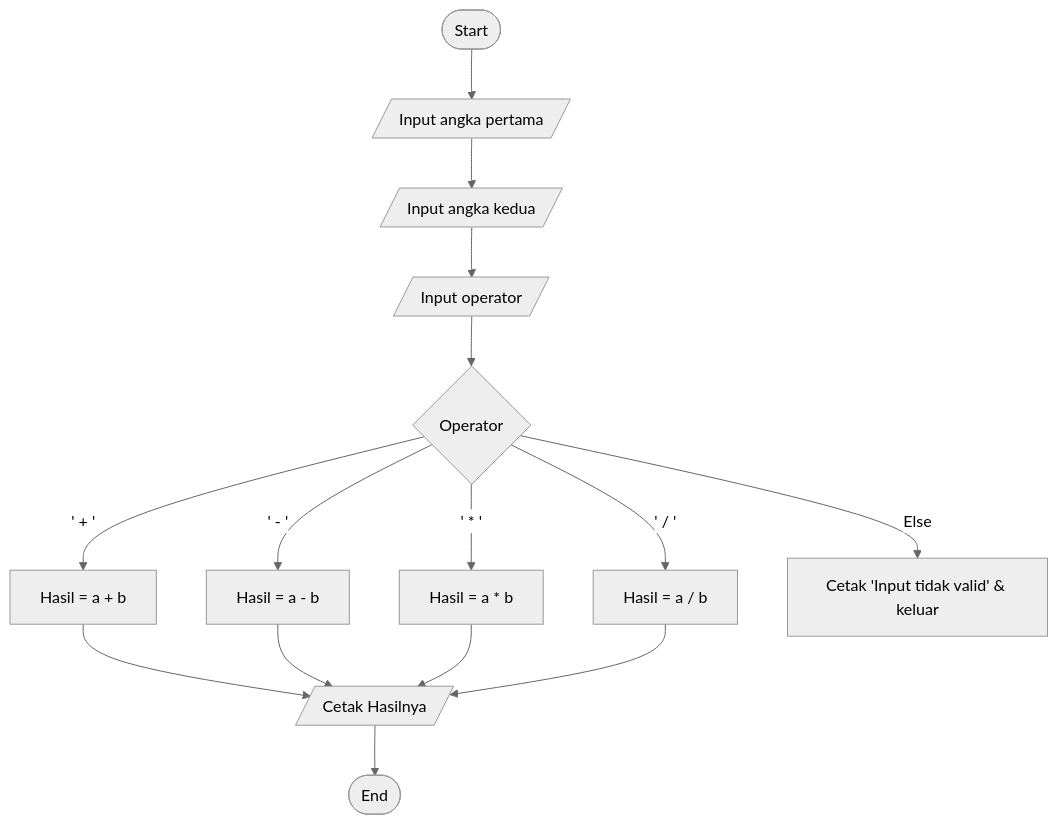
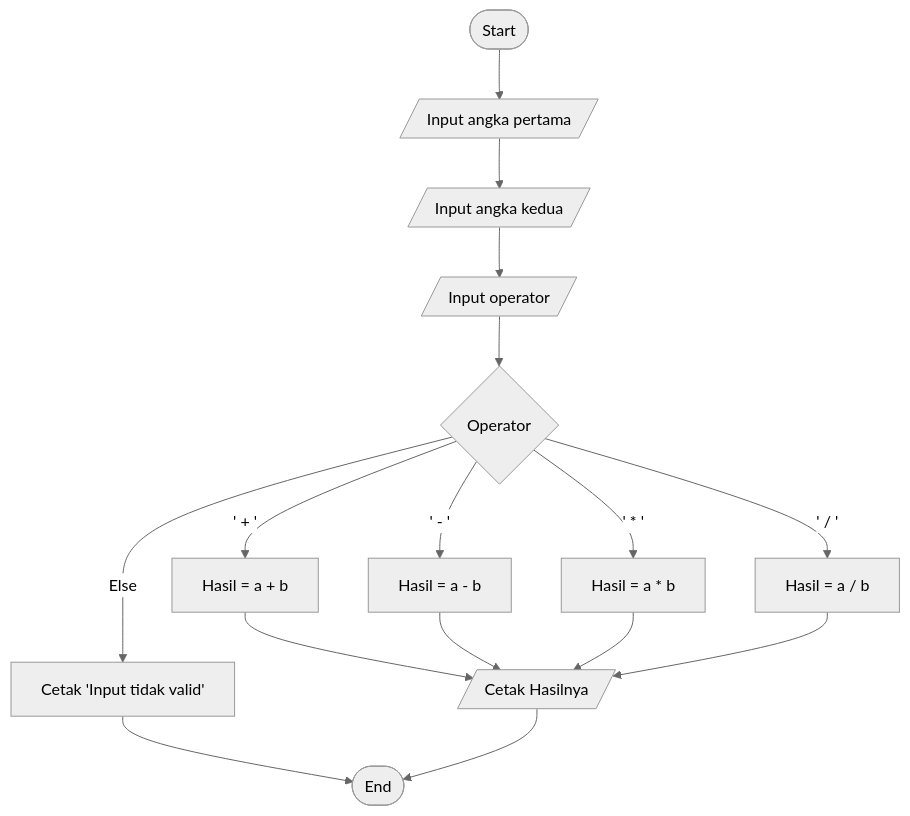
One commit to AugustRmd/labpy02 changed the second of 2 diagrams in README.md. Above: the diagram before and after it, drawn with Mermaid (neutral theme). The commit also changed other lines of this file, not shown here.

`````diff
--- a/README.md
+++ b/README.md
@@ -24,18 +25,19 @@
 ````mermaid
 flowchart TD
     A([Start]) --> B[/Input angka pertama/]
     B --> C[/Input angka kedua/]
     C --> D[/Input operator/]
     D --> E{Operator}
     E -- ' + ' --> F[Hasil = a + b]
     E -- ' - ' --> G[Hasil = a - b]
     E -- ' * ' --> H[Hasil = a * b]
     E -- ' / ' --> I[Hasil = a / b]
-    E -- Else --> J[Cetak 'Input tidak valid' & keluar]
+    E -- Else --> J[Cetak 'Input tidak valid']
+    J --> L
     F --> K[/Cetak Hasilnya/]
     G --> K
     H --> K
     I --> K
     K --> L([End])
 
 ````
`````
